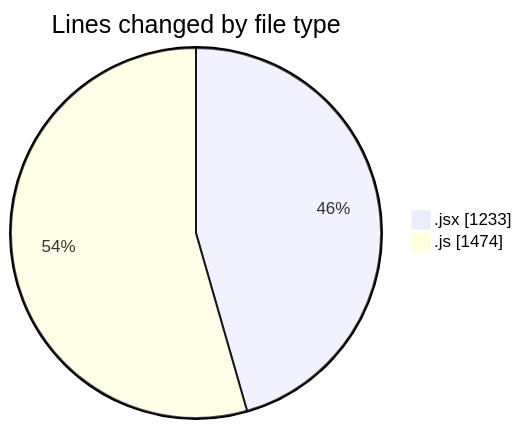
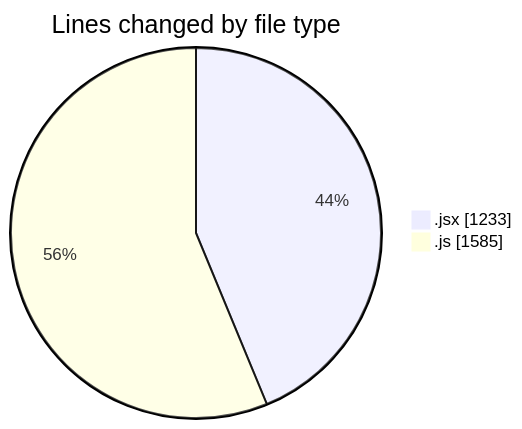
The first of 2 diagrams in 2025-07-25/nxtqube_webapp/README.md (nxtqubesakshisongat/code-tracking), drawn with Mermaid before and after one commit. The commit also changed other lines of this file and 1 other file, not shown here.

````diff
--- a/2025-07-25/nxtqube_webapp/README.md
+++ b/2025-07-25/nxtqube_webapp/README.md
@@ -29,6 +29,6 @@
 ```mermaid
 pie showData
 title Lines changed by file type
 ".jsx" : 1233
-".js" : 1474
+".js" : 1585
 ```
````
